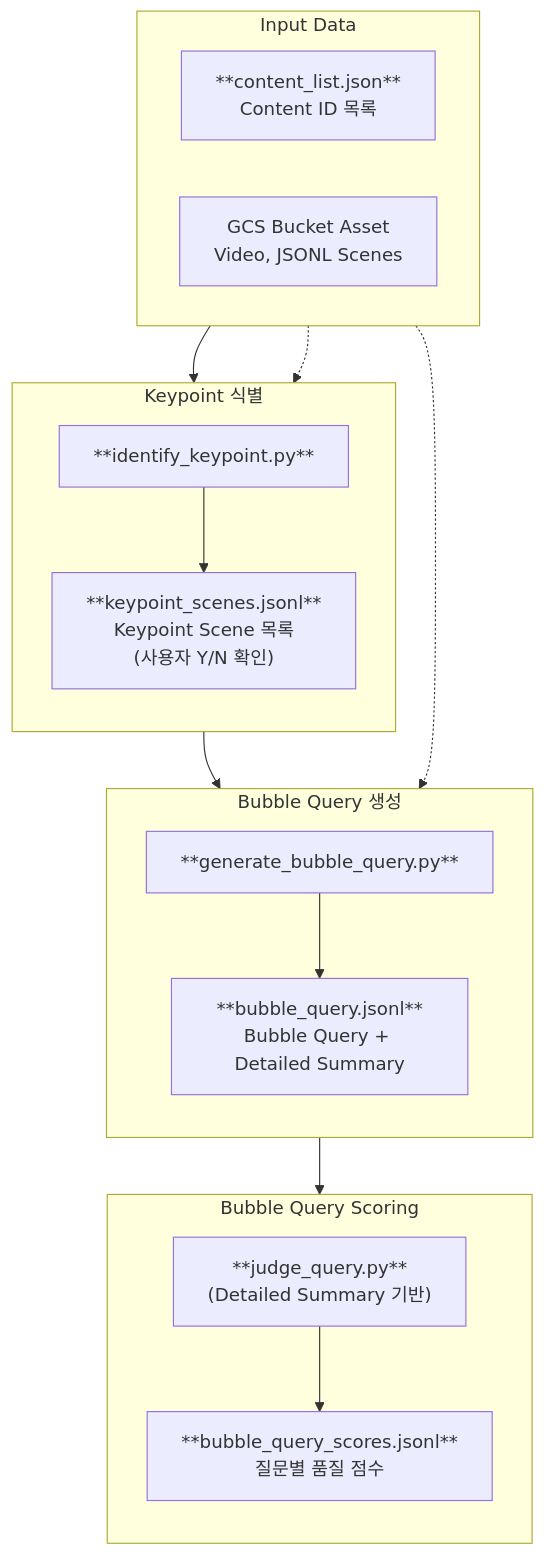
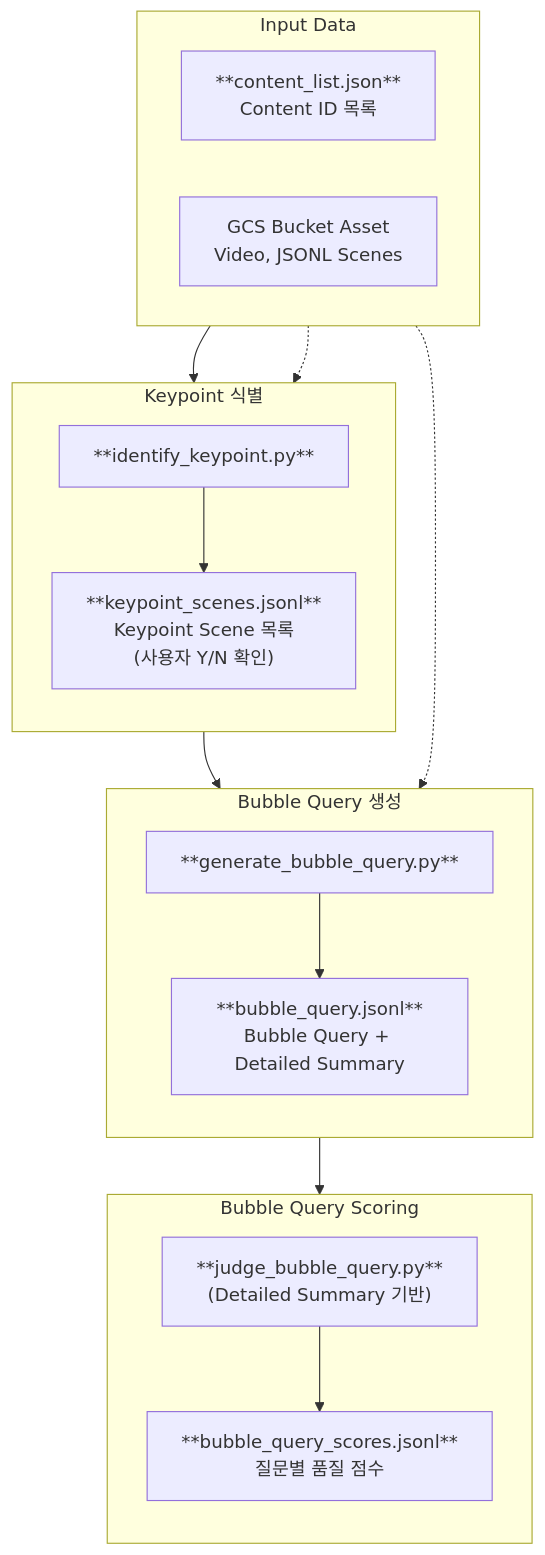
One commit to obeychoi0120/LLMJudge changed the first of 2 diagrams in README.md. Above: the diagram before and after it, drawn with Mermaid. The commit also changed other lines of this file and 3 other files, not shown here.

````diff
--- a/README.md
+++ b/README.md
@@ -18,37 +18,37 @@
 ```mermaid
 flowchart TD
     subgraph INPUT["Input Data"]
         direction LR
         CL["**content_list.json**<br/>Content ID 목록"]
         GCS["GCS Bucket Asset<br/>Video, JSONL Scenes"]
     end
 
     subgraph STEP1["Keypoint 식별"]
         direction TB
         KP_SCRIPT["**identify_keypoint.py**"]
         KP_OUT["**keypoint_scenes.jsonl**<br/>Keypoint Scene 목록<br/>(사용자 Y/N 확인)"]
     end
 
     subgraph STEP2["Bubble Query 생성"]
         direction TB
         BQ_SCRIPT["**generate_bubble_query.py**"]
         BQ_OUT["**bubble_query.jsonl**<br/>Bubble Query + Detailed Summary"]
     end
 
     subgraph STEP3["Bubble Query Scoring"]
         direction TB
-        QJ_SCRIPT["**judge_query.py**<br/>(Detailed Summary 기반)"]
+        QJ_SCRIPT["**judge_bubble_query.py**<br/>(Detailed Summary 기반)"]
         QJ_SCORES["**bubble_query_scores.jsonl**<br/>질문별 품질 점수"]
     end
 
     CL --> KP_SCRIPT
     GCS -.-> KP_SCRIPT
     KP_SCRIPT --> KP_OUT
 
     KP_OUT --> BQ_SCRIPT
     GCS -.-> BQ_SCRIPT
     BQ_SCRIPT --> BQ_OUT
 
     BQ_OUT --> QJ_SCRIPT
     QJ_SCRIPT --> QJ_SCORES
 ```
````
